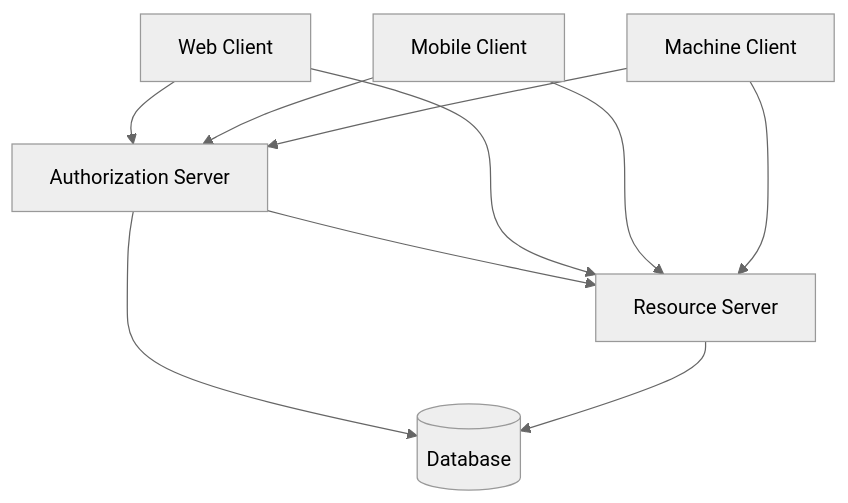
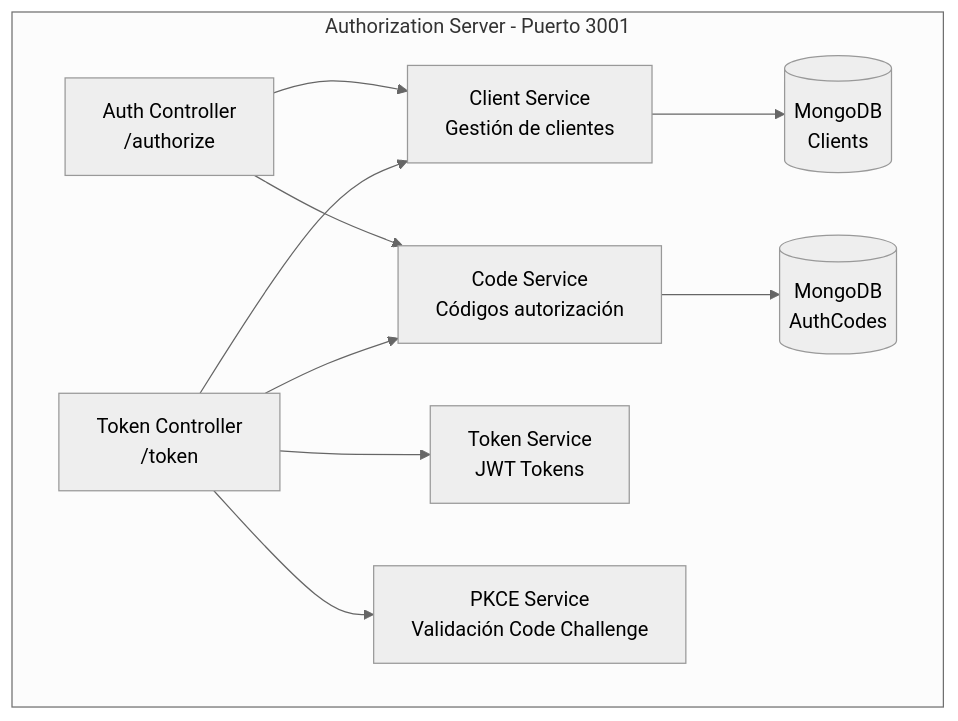
The second of 2 diagrams in README.md (Pepejsc/OAUTH-2.0), drawn with Mermaid (neutral theme) before and after one commit. The commit also changed other lines of this file and 1 other file, not shown here.

````diff
--- a/README.md
+++ b/README.md
@@ -34,13 +68,20 @@
 ```mermaid
 graph TB
-    A[Web Client] --> B[Authorization Server]
-    C[Mobile Client] --> B
-    D[Machine Client] --> B
-    B --> E[Resource Server]
-    A --> E
-    C --> E
-    D --> E
-    
-    B --> F[(Database)]
-    E --> F
+    subgraph "Authorization Server - Puerto 3001"
+        A1[Auth Controller<br/>/authorize]
+        A2[Token Controller<br/>/token]
+        A3[Client Service<br/>Gestión de clientes]
+        A4[Code Service<br/>Códigos autorización]
+        A5[Token Service<br/>JWT Tokens]
+        A6[PKCE Service<br/>Validación Code Challenge]
+        
+        A1 --> A3
+        A1 --> A4
+        A2 --> A3
+        A2 --> A4
+        A2 --> A5
+        A2 --> A6
+        A3 --> ADB[(MongoDB<br/>Clients)]
+        A4 --> CDB[(MongoDB<br/>AuthCodes)]
+    end
 ```
````
